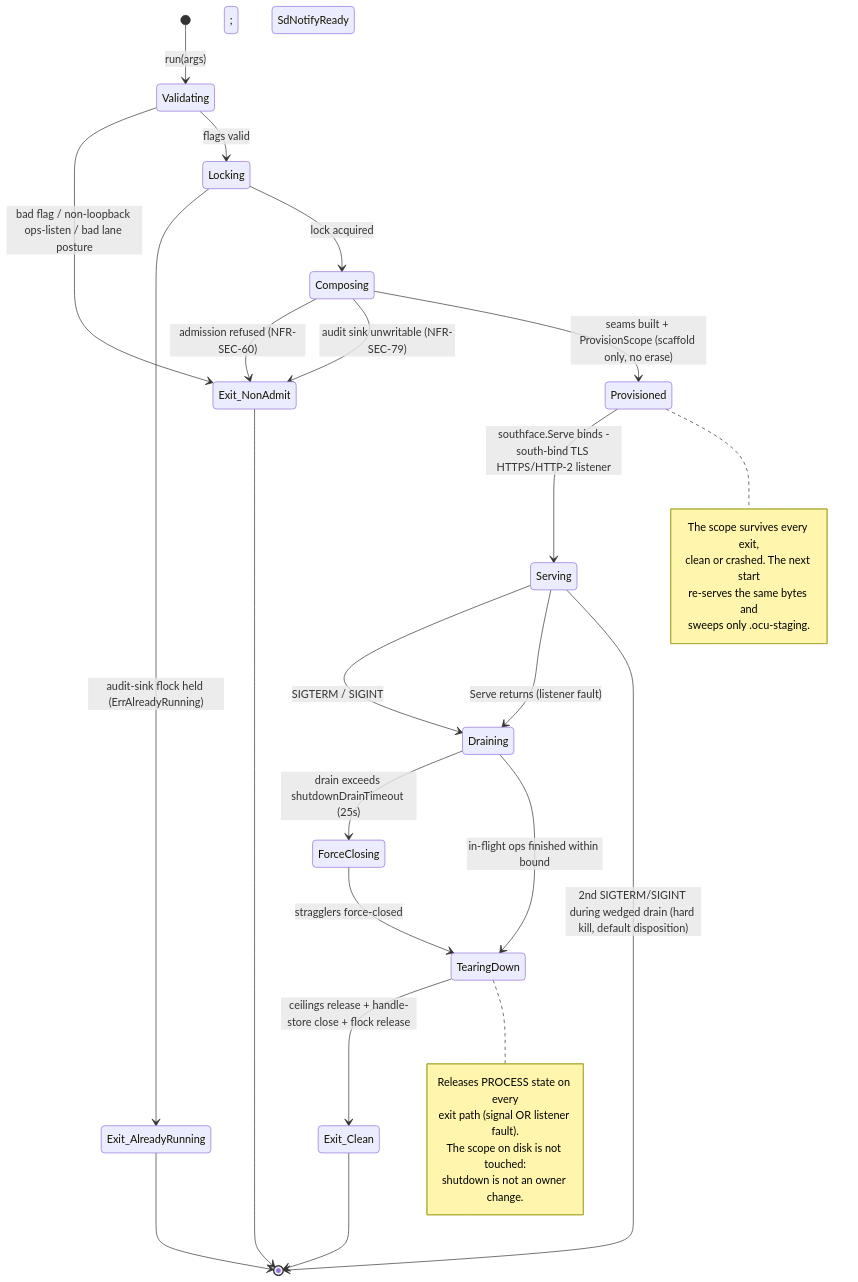
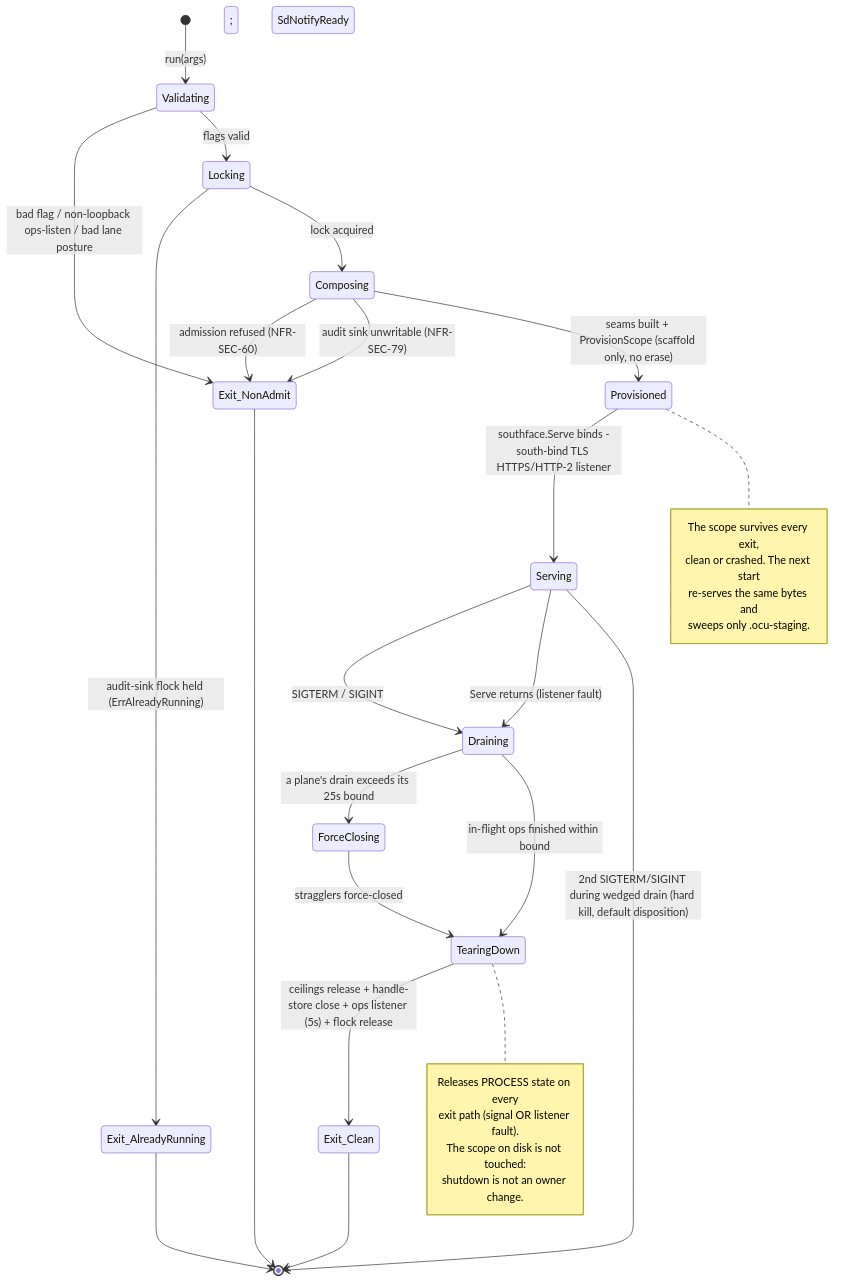
Before and after one commit to Wide-Moat/ocu-filestore: the diagram in docs/architecture/05-lifecycle.md, drawn with Mermaid. The commit also changed other lines of this file and 12 other files, not shown here.

````diff
--- a/docs/architecture/05-lifecycle.md
+++ b/docs/architecture/05-lifecycle.md
@@ -567,44 +589,44 @@
 ```mermaid
 stateDiagram-v2
     [*] --> Validating: run(args)
     Validating --> Exit_NonAdmit: bad flag / non-loopback ops-listen / bad lane posture
     Validating --> Locking: flags valid
 
     Locking --> Exit_AlreadyRunning: audit-sink flock held (ErrAlreadyRunning)
     Locking --> Composing: lock acquired
 
     Composing --> Exit_NonAdmit: admission refused (NFR-SEC-60)
     Composing --> Exit_NonAdmit: audit sink unwritable (NFR-SEC-79)
     Composing --> Provisioned: seams built + ProvisionScope (scaffold only, no erase)
 
     Provisioned --> Serving: southface.Serve binds -south-bind TLS HTTPS/HTTP-2 listener; SdNotifyReady
 
     Serving --> Draining: SIGTERM / SIGINT
     Serving --> Draining: Serve returns (listener fault)
 
-    Draining --> ForceClosing: drain exceeds shutdownDrainTimeout (25s)
+    Draining --> ForceClosing: a plane's drain exceeds its 25s bound
     Draining --> TearingDown: in-flight ops finished within bound
     ForceClosing --> TearingDown: stragglers force-closed
 
-    TearingDown --> Exit_Clean: ceilings release + handle-store close + flock release
+    TearingDown --> Exit_Clean: ceilings release + handle-store close + ops listener (5s) + flock release
 
     Serving --> [*]: 2nd SIGTERM/SIGINT during wedged drain (hard kill, default disposition)
 
     Exit_NonAdmit --> [*]
     Exit_AlreadyRunning --> [*]
     Exit_Clean --> [*]
 
     note right of TearingDown
         Releases PROCESS state on every
         exit path (signal OR listener fault).
         The scope on disk is not touched:
         shutdown is not an owner change.
     end note
 
     note right of Provisioned
         The scope survives every exit,
         clean or crashed. The next start
         re-serves the same bytes and
         sweeps only .ocu-staging.
     end note
 ```
````
